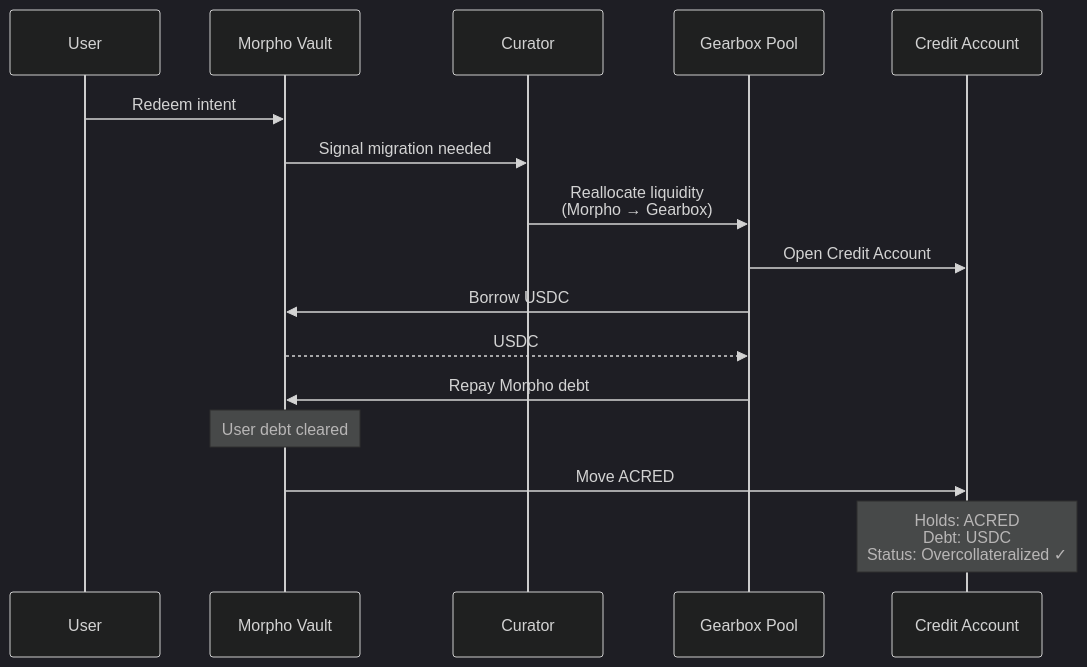
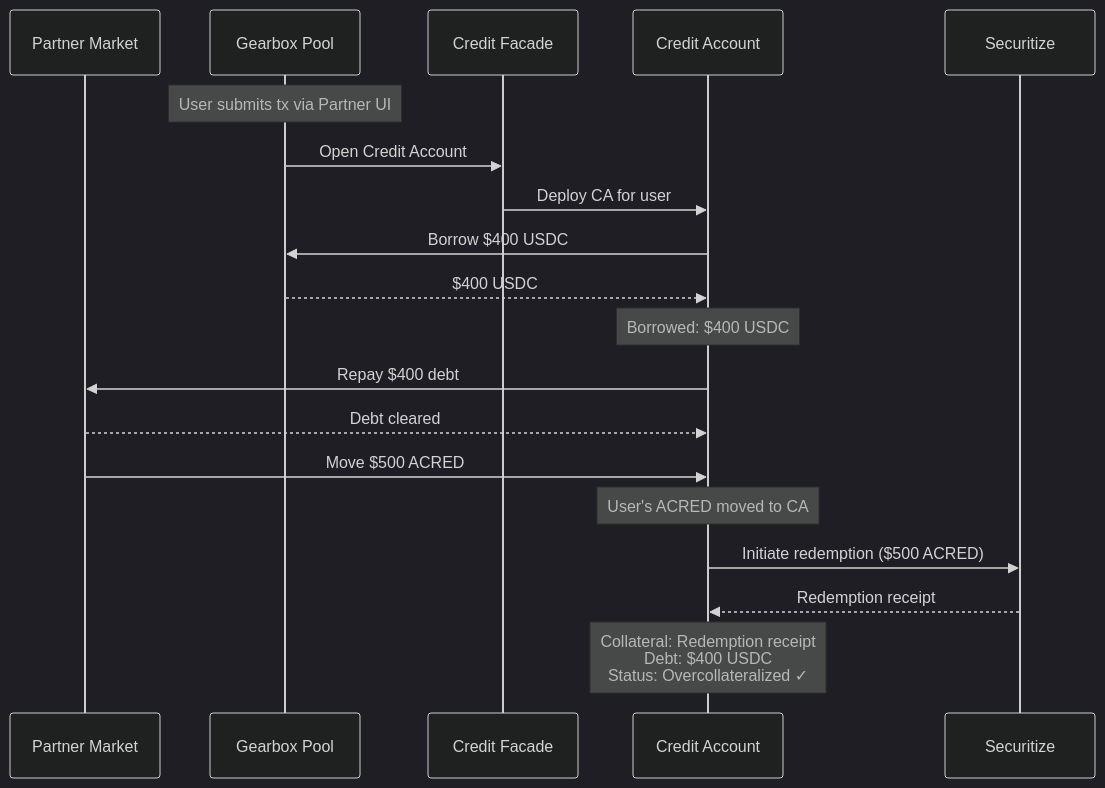
One commit to Gearbox-protocol/docs-knowledge changed the eighth of 11 diagrams in reference/prime-brokerage-for-rwa-leverage.md. Above: the diagram before and after it, drawn with Mermaid (dark theme). The commit also changed other lines of this file, not shown here.

````diff
--- a/reference/prime-brokerage-for-rwa-leverage.md
+++ b/reference/prime-brokerage-for-rwa-leverage.md
@@ -211,19 +279,22 @@
 ```mermaid
 sequenceDiagram
-    participant U as User
-    participant MV as Morpho Vault
-    participant C as Curator
-    participant P as Gearbox Pool
+    participant M as Partner Market
+    participant GP as Gearbox Pool
+    participant CF as Credit Facade
     participant CA as Credit Account
+    participant S as Securitize
     
-    U->>MV: Redeem intent
-    MV->>C: Signal migration needed
-    C->>P: Reallocate liquidity<br/>(Morpho → Gearbox)
-    P->>CA: Open Credit Account
-    P->>MV: Borrow USDC
-    MV-->>P: USDC
-    P->>MV: Repay Morpho debt
-    Note over MV: User debt cleared
-    MV->>CA: Move ACRED
-    Note over CA: Holds: ACRED<br/>Debt: USDC<br/>Status: Overcollateralized ✓
+    Note over GP: User submits tx via Partner UI
+    GP->>CF: Open Credit Account
+    CF->>CA: Deploy CA for user
+    CA->>GP: Borrow $400 USDC
+    GP-->>CA: $400 USDC
+    Note over CA: Borrowed: $400 USDC
+    CA->>M: Repay $400 debt
+    M-->>CA: Debt cleared
+    M->>CA: Move $500 ACRED
+    Note over CA: User's ACRED moved to CA
+    CA->>S: Initiate redemption ($500 ACRED)
+    S-->>CA: Redemption receipt
+    Note over CA: Collateral: Redemption receipt<br/>Debt: $400 USDC<br/>Status: Overcollateralized ✓
 ```
````
